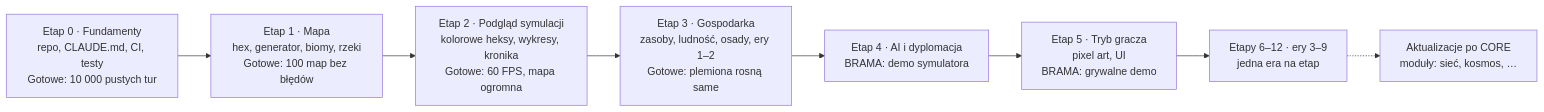
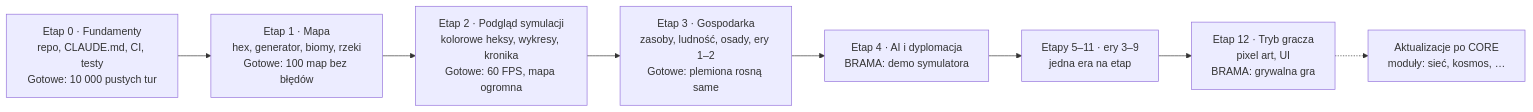
The second of 2 diagrams in docs/GDD.md (CoStellar/CivSim2), drawn with Mermaid before and after one commit. The commit also changed other lines of this file and 10 other files, not shown here.

First line of the commit message:
Move player mode and art to the last CORE stage (12); eras 3-9 become stages 5-11

````diff
--- a/docs/GDD.md
+++ b/docs/GDD.md
@@ -838,10 +838,10 @@
 ```mermaid
 flowchart LR
   E0["Etap 0 · Fundamenty<br/>repo, CLAUDE.md, CI, testy<br/>Gotowe: 10 000 pustych tur"] --> E1["Etap 1 · Mapa<br/>hex, generator, biomy, rzeki<br/>Gotowe: 100 map bez błędów"]
   E1 --> E2["Etap 2 · Podgląd symulacji<br/>kolorowe heksy, wykresy, kronika<br/>Gotowe: 60 FPS, mapa ogromna"]
   E2 --> E3["Etap 3 · Gospodarka<br/>zasoby, ludność, osady, ery 1–2<br/>Gotowe: plemiona rosną same"]
   E3 --> E4["Etap 4 · AI i dyplomacja<br/>BRAMA: demo symulatora"]
-  E4 --> E5["Etap 5 · Tryb gracza<br/>pixel art, UI<br/>BRAMA: grywalne demo"]
-  E5 --> E6["Etapy 6–12 · ery 3–9<br/>jedna era na etap"]
-  E6 -.-> U["Aktualizacje po CORE<br/>moduły: sieć, kosmos, …"]
+  E4 --> E5["Etapy 5–11 · ery 3–9<br/>jedna era na etap"]
+  E5 --> E12["Etap 12 · Tryb gracza<br/>pixel art, UI<br/>BRAMA: grywalna gra"]
+  E12 -.-> U["Aktualizacje po CORE<br/>moduły: sieć, kosmos, …"]
 ```
````
